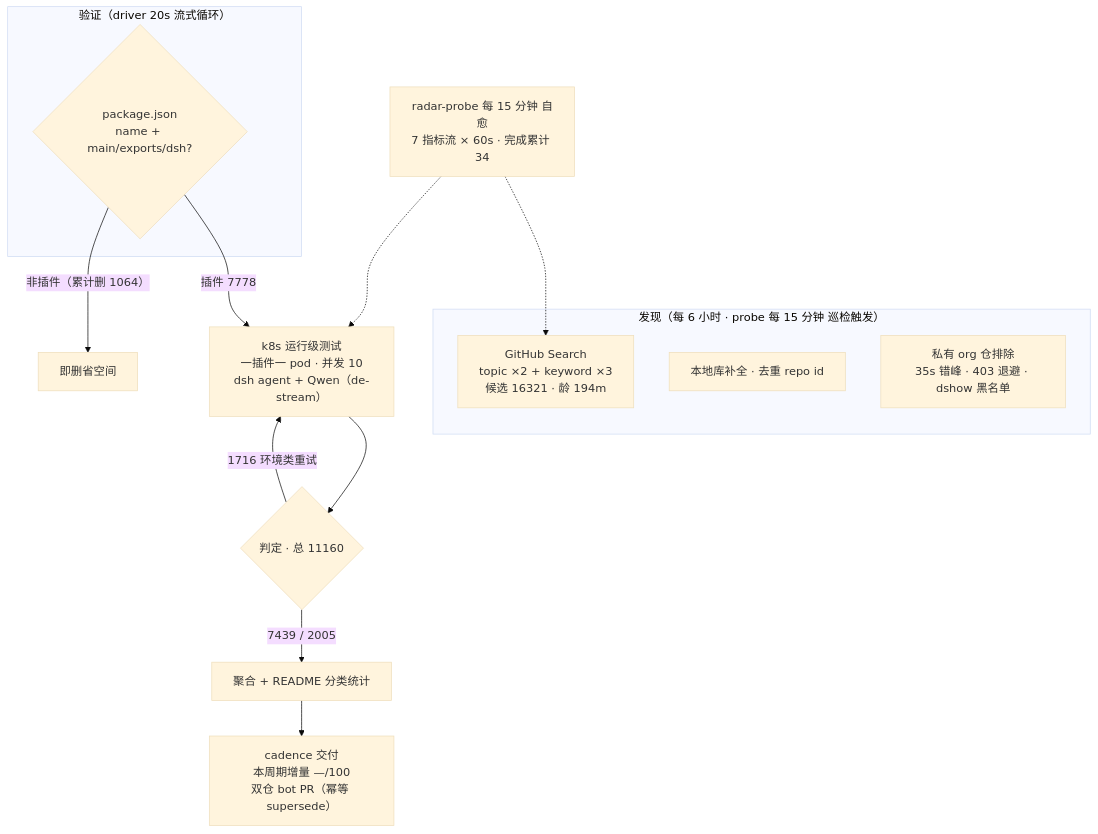
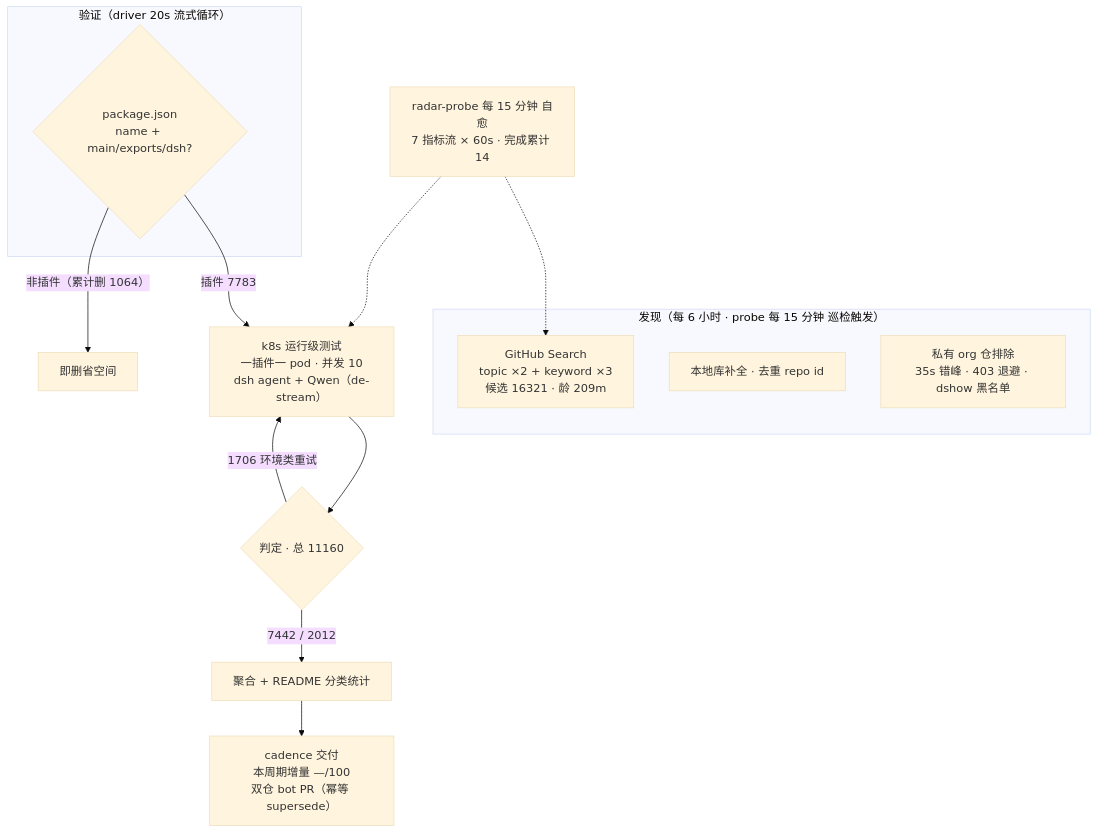
The diagram in README.md (Zhidao-Lab-OSS/awesome-dsh-plugins), drawn with Mermaid (base theme) before and after one commit. The commit also changed other lines of this file and 1 other file, not shown here.

````diff
--- a/README.md
+++ b/README.md
@@ -52,20 +52,20 @@
 ```mermaid
 flowchart TB
     subgraph Discovery["发现（每 6 小时 · probe 每 15 分钟 巡检触发）"]
-        A1["GitHub Search<br/>topic ×2 + keyword ×3<br/>候选 16321 · 龄 194m"]
+        A1["GitHub Search<br/>topic ×2 + keyword ×3<br/>候选 16321 · 龄 209m"]
         A2["本地库补全 · 去重 repo id"]
         A3["私有 org 仓排除<br/>35s 错峰 · 403 退避 · dshow 黑名单"]
     end
     subgraph Validation["验证（driver 20s 流式循环）"]
         B1{"package.json<br/>name + main/exports/dsh?"}
     end
-    B1 -->|"插件 7778"| C1["k8s 运行级测试<br/>一插件一 pod · 并发 10<br/>dsh agent + Qwen（de-stream）"]
+    B1 -->|"插件 7783"| C1["k8s 运行级测试<br/>一插件一 pod · 并发 10<br/>dsh agent + Qwen（de-stream）"]
     B1 -->|"非插件（累计删 1064）"| B3["即删省空间"]
     C1 --> D1{"判定 · 总 11160"}
-    D1 -->|"7439 / 2005"| E1["聚合 + README 分类统计"]
-    D1 -->|"1716 环境类重试"| C1
+    D1 -->|"7442 / 2012"| E1["聚合 + README 分类统计"]
+    D1 -->|"1706 环境类重试"| C1
     E1 --> E2["cadence 交付<br/>本周期增量 —/100<br/>双仓 bot PR（幂等 supersede）"]
-    M["radar-probe 每 15 分钟 自愈<br/>7 指标流 × 60s · 完成累计 34"]
+    M["radar-probe 每 15 分钟 自愈<br/>7 指标流 × 60s · 完成累计 14"]
     M -.-> A1
     M -.-> C1
 ```
````
